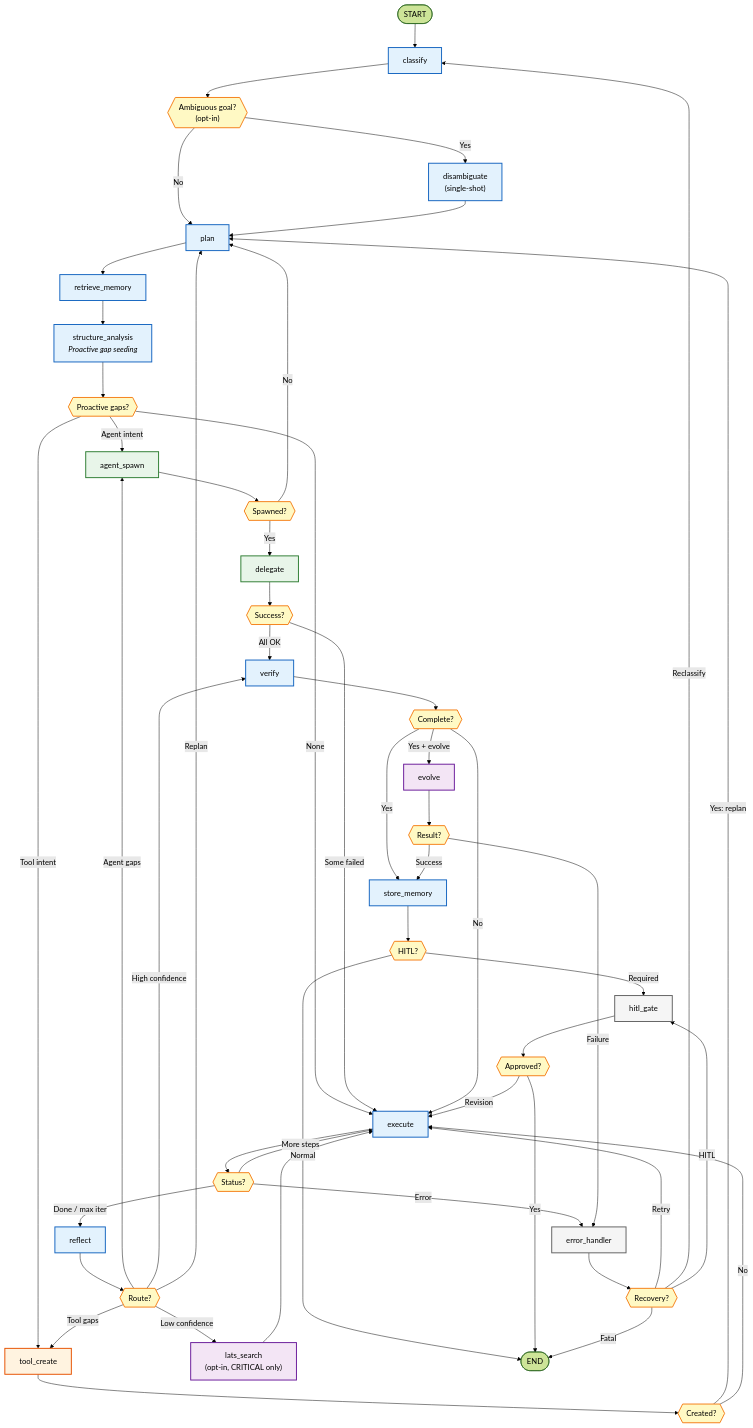
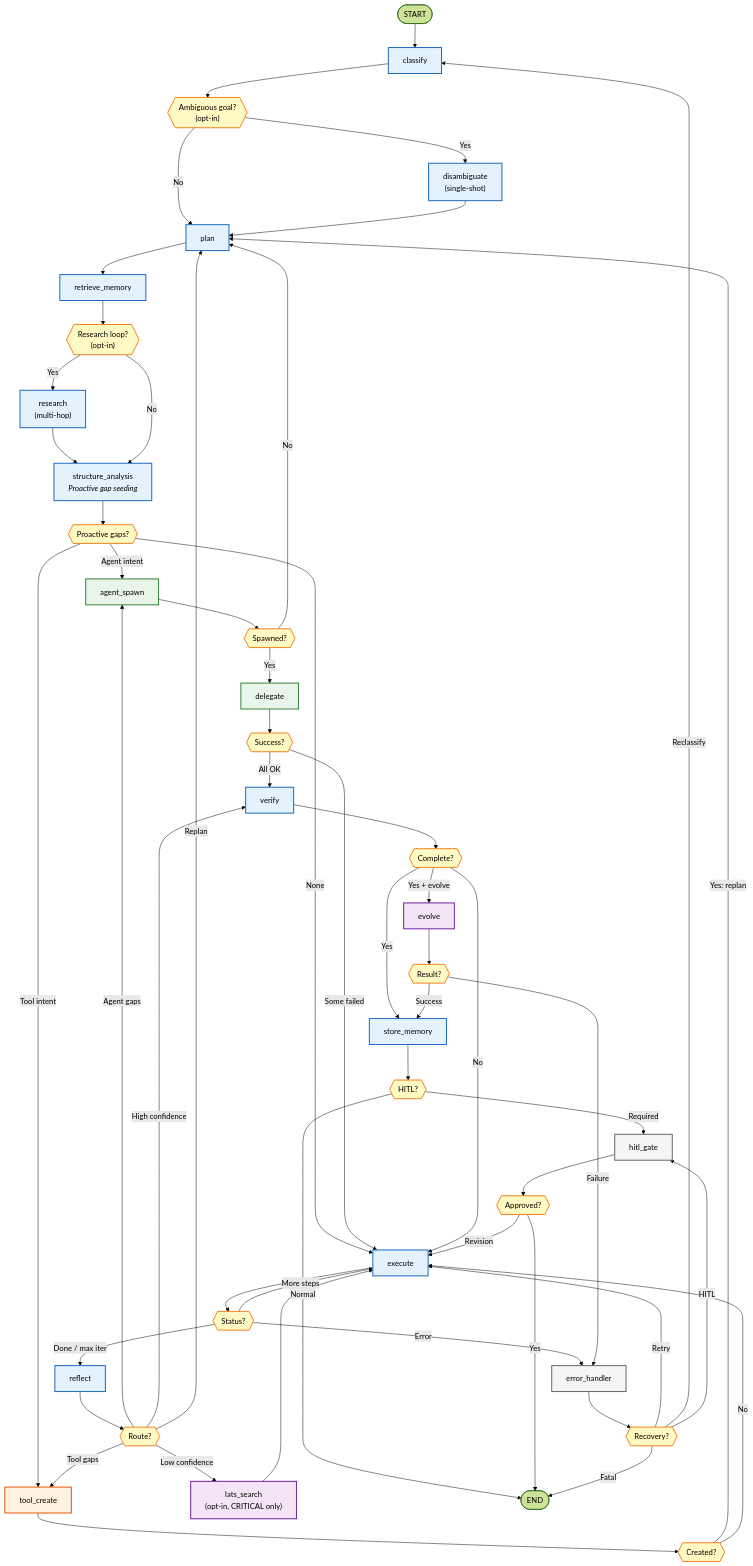
Before and after one commit to agarwalamit081/evolutionary-agents: the fourth of 8 diagrams in docs/ARCHITECTURE.md, drawn with Mermaid (forest theme). The commit also changed other lines of this file, not shown here.

First line of the commit message:
docs(architecture,slide-deck): sync to shipped code + Phase F 3-seed verdict

````diff
--- a/docs/ARCHITECTURE.md
+++ b/docs/ARCHITECTURE.md
@@ -221,71 +222,74 @@
 ```mermaid
 flowchart TD
     START([START]) --> classify["classify"]:::blue
     classify --> disamb{{"Ambiguous goal?<br/>(opt-in)"}}:::decision
     disamb -- "Yes" --> dis["disambiguate<br/>(single-shot)"]:::blue
     disamb -- "No" --> plan["plan"]:::blue
     dis --> plan
     plan --> retrieve["retrieve_memory"]:::blue
-    retrieve --> struct["structure_analysis<br/><i>Proactive gap seeding</i>"]:::blue
+    retrieve --> res_r{{"Research loop?<br/>(opt-in)"}}
+    res_r -- "Yes" --> res["research<br/>(multi-hop)"]:::blue
+    res --> struct["structure_analysis<br/><i>Proactive gap seeding</i>"]:::blue
+    res_r -- "No" --> struct
     struct --> struct_r{{"Proactive gaps?"}}
     struct_r -- "Agent intent" --> spawn["agent_spawn"]:::green
     struct_r -- "Tool intent" --> tc["tool_create"]:::orange
     struct_r -- "None" --> execute["execute"]:::blue
 
     execute --> exec_r{{"Status?"}}
     exec_r -- "More steps" --> execute
     exec_r -- "Done / max iter" --> reflect["reflect"]:::blue
     exec_r -- "Error" --> error["error_handler"]:::gray
 
     reflect --> reflect_r{{"Route?"}}
     reflect_r -- "Agent gaps" --> spawn
     reflect_r -- "Tool gaps" --> tc
     reflect_r -- "High confidence" --> verify["verify"]:::blue
     reflect_r -- "Low confidence" --> lats["lats_search<br/>(opt-in, CRITICAL only)"]:::purple
     reflect_r -- "Replan" --> plan
 
     lats --> execute
 
     spawn --> spawn_r{{"Spawned?"}}
     spawn_r -- "Yes" --> delegate["delegate"]:::green
     spawn_r -- "No" --> plan
 
     tc --> tc_r{{"Created?"}}
     tc_r -- "Yes: replan" --> plan
     tc_r -- "No" --> execute
 
     delegate --> del_r{{"Success?"}}
     del_r -- "All OK" --> verify
     del_r -- "Some failed" --> execute
 
     verify --> verify_r{{"Complete?"}}
     verify_r -- "Yes + evolve" --> evolve["evolve"]:::purple
     verify_r -- "Yes" --> store["store_memory"]:::blue
     verify_r -- "No" --> execute
 
     evolve --> evolve_r{{"Result?"}}
     evolve_r -- "Success" --> store
     evolve_r -- "Failure" --> error
 
     store --> store_r{{"HITL?"}}
     store_r -- "Required" --> hitl["hitl_gate"]:::gray
     store_r -- "Normal" --> END([END])
 
     hitl --> hitl_r{{"Approved?"}}
     hitl_r -- "Yes" --> END
     hitl_r -- "Revision" --> execute
 
     error --> error_r{{"Recovery?"}}
     error_r -- "Retry" --> execute
     error_r -- "Reclassify" --> classify
     error_r -- "HITL" --> hitl
     error_r -- "Fatal" --> END
 
     classDef blue fill:#e3f2fd,stroke:#1565c0,stroke-width:2px,color:#000
     classDef orange fill:#fff3e0,stroke:#e65100,stroke-width:2px,color:#000
     classDef green fill:#e8f5e9,stroke:#2e7d32,stroke-width:2px,color:#000
     classDef purple fill:#f3e5f5,stroke:#6a1b9a,stroke-width:2px,color:#000
     classDef gray fill:#f5f5f5,stroke:#616161,stroke-width:2px,color:#000
     classDef decision fill:#fff9c4,stroke:#f57f17,stroke-width:2px,color:#000
-    class disamb,struct_r,exec_r,reflect_r,spawn_r,tc_r,del_r,verify_r,evolve_r,store_r,hitl_r,error_r decision
+    class disamb,res_r,struct_r,exec_r,reflect_r,spawn_r,tc_r,del_r,verify_r,evolve_r,store_r,hitl_r,error_r decision
 ```
````
